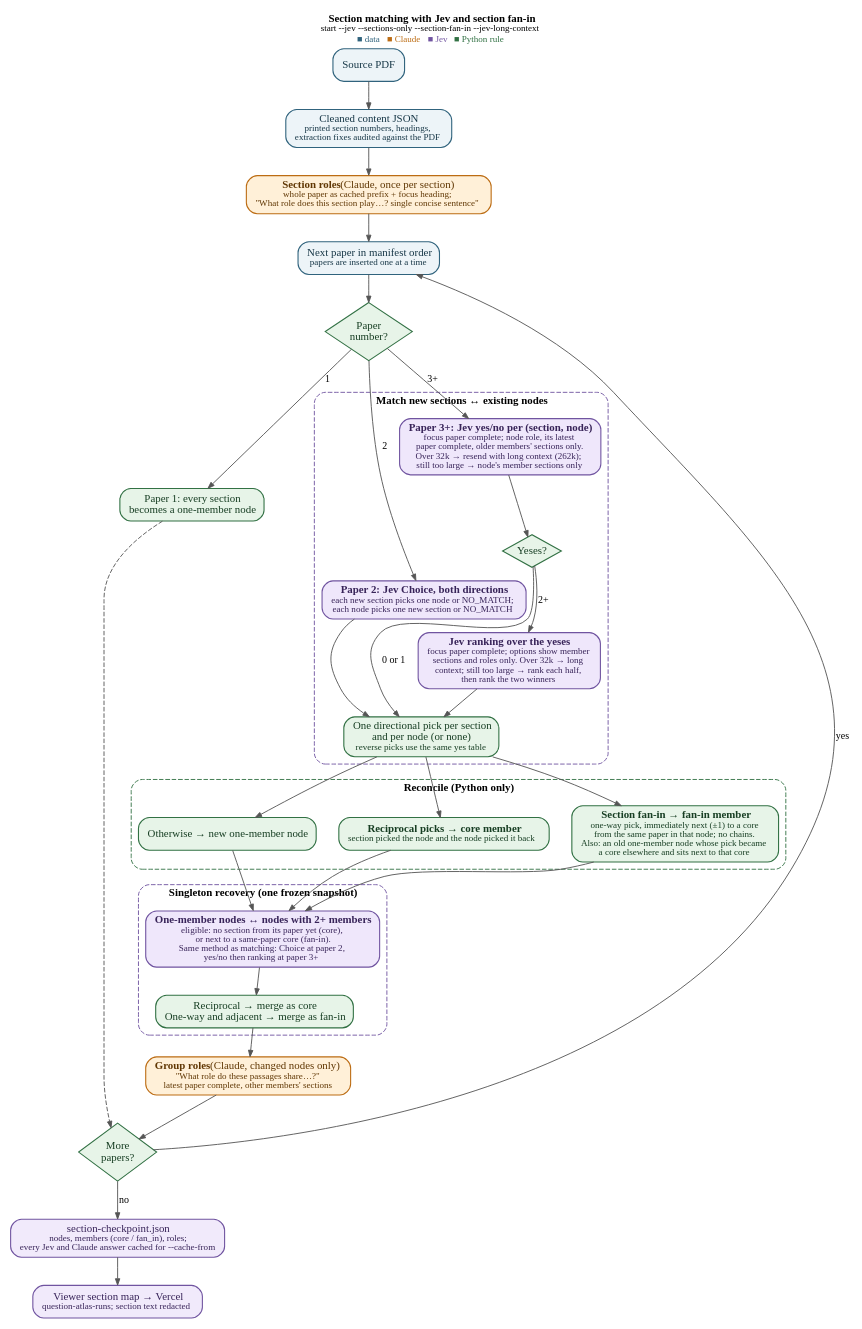
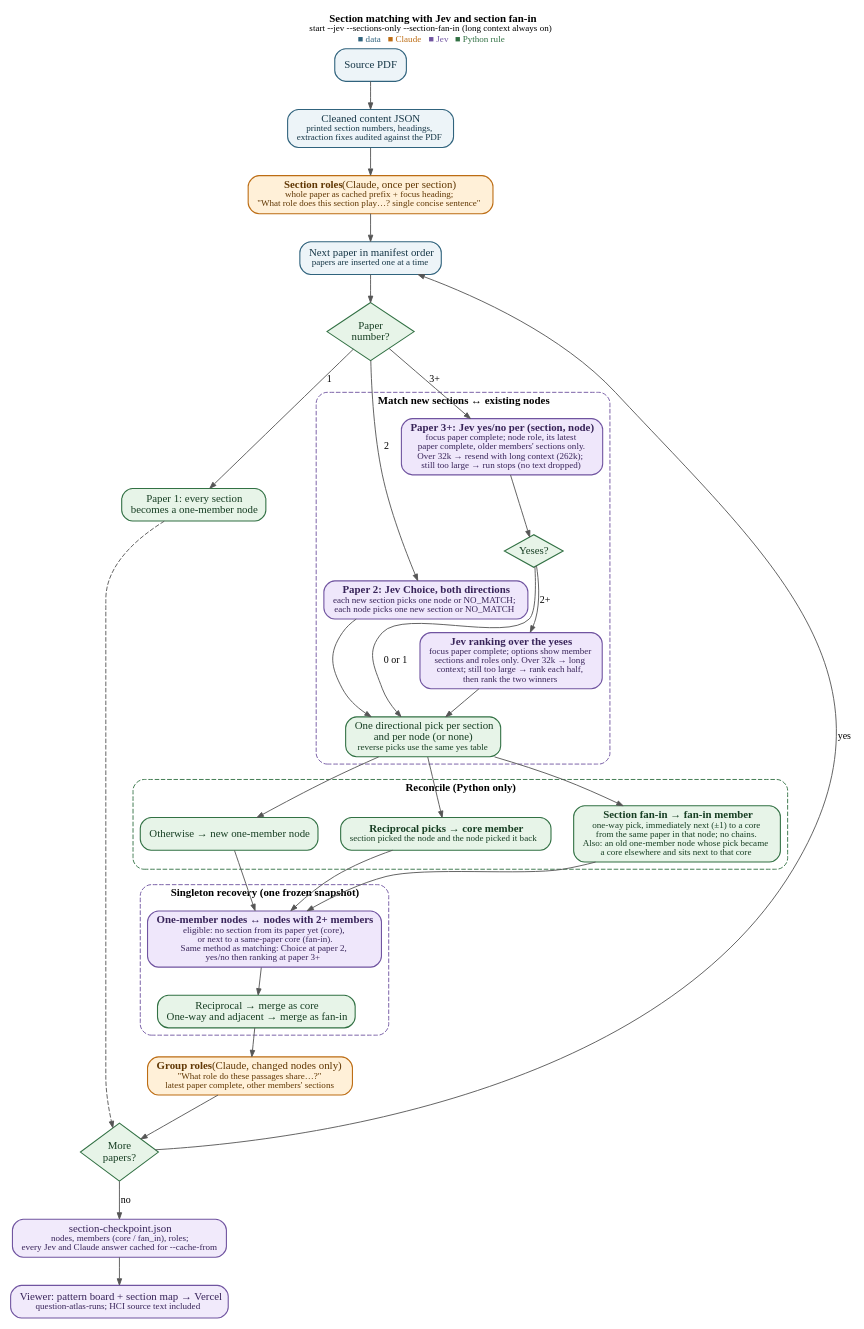
One commit to GraceGSy/SME-prototype changed the diagram in docs/diagrams/section-fan-in-flow.dot. Above: the diagram before and after it, drawn with Graphviz. The commit also changed 9 other files, not shown here.

First line of the commit message:
Always keep complete papers in Jev yes/no questions

```diff
--- a/docs/diagrams/section-fan-in-flow.dot
+++ b/docs/diagrams/section-fan-in-flow.dot
@@ -1,77 +1,77 @@
 // Section-only Jev pipeline with section fan-in, as run on Nov 18, 2026.
 // Render: dot -Tpng -Gdpi=216 docs/diagrams/section-fan-in-flow.dot -o docs/diagrams/section-fan-in-flow.png
 digraph section_fan_in_flow {
   graph [rankdir=TB, fontname="Times New Roman,", fontsize=12, nodesep=0.35, ranksep=0.42,
-         newrank=true, labelloc=t, label=<<b>Section matching with Jev and section fan-in</b><br/><font point-size="10">start --jev --sections-only --section-fan-in --jev-long-context</font><br/><font point-size="10" color="#30637d">■ data</font>  <font point-size="10" color="#bc6c13">■ Claude</font>  <font point-size="10" color="#7054a0">■ Jev</font>  <font point-size="10" color="#327144">■ Python rule</font>>];
+         newrank=true, labelloc=t, label=<<b>Section matching with Jev and section fan-in</b><br/><font point-size="10">start --jev --sections-only --section-fan-in (long context always on)</font><br/><font point-size="10" color="#30637d">■ data</font>  <font point-size="10" color="#bc6c13">■ Claude</font>  <font point-size="10" color="#7054a0">■ Jev</font>  <font point-size="10" color="#327144">■ Python rule</font>>];
   node  [shape=box, style="rounded,filled", fontname="Times New Roman,", fontsize=12, margin="0.14,0.07", penwidth=1.2];
   edge  [fontname="Times New Roman,", fontsize=11, color="#555555", arrowsize=0.7];
 
   // Legend colors: data (blue), Claude (orange), Jev (purple), Python rule (green).
   node [fillcolor="#edf4f8", color="#30637d", fontcolor="#173747"];
   pdf     [label="Source PDF"];
   clean   [label=<Cleaned content JSON<br/><font point-size="10">printed section numbers, headings,<br/>extraction fixes audited against the PDF</font>>];
 
   node [fillcolor="#fff0d8", color="#bc6c13", fontcolor="#603704"];
   roles   [label=<<b>Section roles</b> (Claude, once per section)<br/><font point-size="10">whole paper as cached prefix + focus heading;<br/>&quot;What role does this section play…? single concise sentence&quot;</font>>];
 
   node [fillcolor="#edf4f8", color="#30637d", fontcolor="#173747"];
   next    [label=<Next paper in manifest order<br/><font point-size="10">papers are inserted one at a time</font>>];
 
   node [fillcolor="#e7f4e8", color="#327144", fontcolor="#173e23"];
   which   [shape=diamond, style="filled", label="Paper\nnumber?", margin="0.04,0.04"];
   seed    [label=<Paper 1: every section<br/>becomes a one-member node>];
 
   subgraph cluster_match {
     label=<<b>Match new sections ↔ existing nodes</b>>; style="rounded,dashed"; color="#7054a0"; fontname="Times New Roman,"; fontsize=12;
     node [fillcolor="#efe7fb", color="#7054a0", fontcolor="#382459"];
     choice2 [label=<<b>Paper 2: Jev Choice, both directions</b><br/><font point-size="10">each new section picks one node or NO_MATCH;<br/>each node picks one new section or NO_MATCH</font>>];
-    gate    [label=<<b>Paper 3+: Jev yes/no per (section, node)</b><br/><font point-size="10">focus paper complete; node role, its latest<br/>paper complete, older members' sections only.<br/>Over 32k → resend with long context (262k);<br/>still too large → node's member sections only</font>>];
+    gate    [label=<<b>Paper 3+: Jev yes/no per (section, node)</b><br/><font point-size="10">focus paper complete; node role, its latest<br/>paper complete, older members' sections only.<br/>Over 32k → resend with long context (262k);<br/>still too large → run stops (no text dropped)</font>>];
     count   [shape=diamond, style="filled", fillcolor="#e7f4e8", color="#327144", fontcolor="#173e23", label="Yeses?", margin="0.04,0.04"];
     rank    [label=<<b>Jev ranking over the yeses</b><br/><font point-size="10">focus paper complete; options show member<br/>sections and roles only. Over 32k → long<br/>context; still too large → rank each half,<br/>then rank the two winners</font>>];
     pick    [shape=box, style="rounded,filled", fillcolor="#e7f4e8", color="#327144", fontcolor="#173e23", label=<One directional pick per section<br/>and per node (or none)<br/><font point-size="10">reverse picks use the same yes table</font>>];
   }
 
   subgraph cluster_reconcile {
     label=<<b>Reconcile (Python only)</b>>; style="rounded,dashed"; color="#327144"; fontname="Times New Roman,"; fontsize=12;
     node [fillcolor="#e7f4e8", color="#327144", fontcolor="#173e23"];
     recip   [label=<<b>Reciprocal picks → core member</b><br/><font point-size="10">section picked the node and the node picked it back</font>>];
     fanin   [label=<<b>Section fan-in → fan-in member</b><br/><font point-size="10">one-way pick, immediately next (±1) to a core<br/>from the same paper in that node; no chains.<br/>Also: an old one-member node whose pick became<br/>a core elsewhere and sits next to that core</font>>];
     single  [label=<Otherwise → new one-member node>];
   }
 
   subgraph cluster_recovery {
     label=<<b>Singleton recovery (one frozen snapshot)</b>>; style="rounded,dashed"; color="#7054a0"; fontname="Times New Roman,"; fontsize=12;
     node [fillcolor="#efe7fb", color="#7054a0", fontcolor="#382459"];
     recover [label=<<b>One-member nodes ↔ nodes with 2+ members</b><br/><font point-size="10">eligible: no section from its paper yet (core),<br/>or next to a same-paper core (fan-in).<br/>Same method as matching: Choice at paper 2,<br/>yes/no then ranking at paper 3+</font>>];
     node [fillcolor="#e7f4e8", color="#327144", fontcolor="#173e23"];
     merge   [label=<Reciprocal → merge as core<br/>One-way and adjacent → merge as fan-in>];
   }
 
   node [fillcolor="#fff0d8", color="#bc6c13", fontcolor="#603704"];
   grole   [label=<<b>Group roles</b> (Claude, changed nodes only)<br/><font point-size="10">&quot;What role do these passages share…?&quot;<br/>latest paper complete, other members' sections</font>>];
 
   node [fillcolor="#e7f4e8", color="#327144", fontcolor="#173e23"];
   more    [shape=diamond, style="filled", label="More\npapers?", margin="0.04,0.04"];
 
   node [fillcolor="#f1eafb", color="#7054a0", fontcolor="#382459"];
   ckpt    [label=<section-checkpoint.json<br/><font point-size="10">nodes, members (core / fan_in), roles;<br/>every Jev and Claude answer cached for --cache-from</font>>];
-  viewer  [label=<Viewer section map → Vercel<br/><font point-size="10">question-atlas-runs; section text redacted</font>>];
+  viewer  [label=<Viewer: pattern board + section map → Vercel<br/><font point-size="10">question-atlas-runs; HCI source text included</font>>];
 
   pdf -> clean -> roles -> next -> which;
   which -> seed    [label=" 1"];
   which -> choice2 [label=" 2"];
   which -> gate    [label=" 3+"];
   gate -> count;
   count -> pick [label=" 0 or 1"];
   count -> rank [label=" 2+"];
   rank -> pick;
   choice2 -> pick;
   pick -> recip; pick -> fanin; pick -> single;
   recip -> recover; fanin -> recover; single -> recover;
   recover -> merge -> grole;
   seed -> more [style=dashed];
   grole -> more;
   more -> next [label=" yes", constraint=false];
   more -> ckpt [label=" no"];
   ckpt -> viewer;
 }
```
